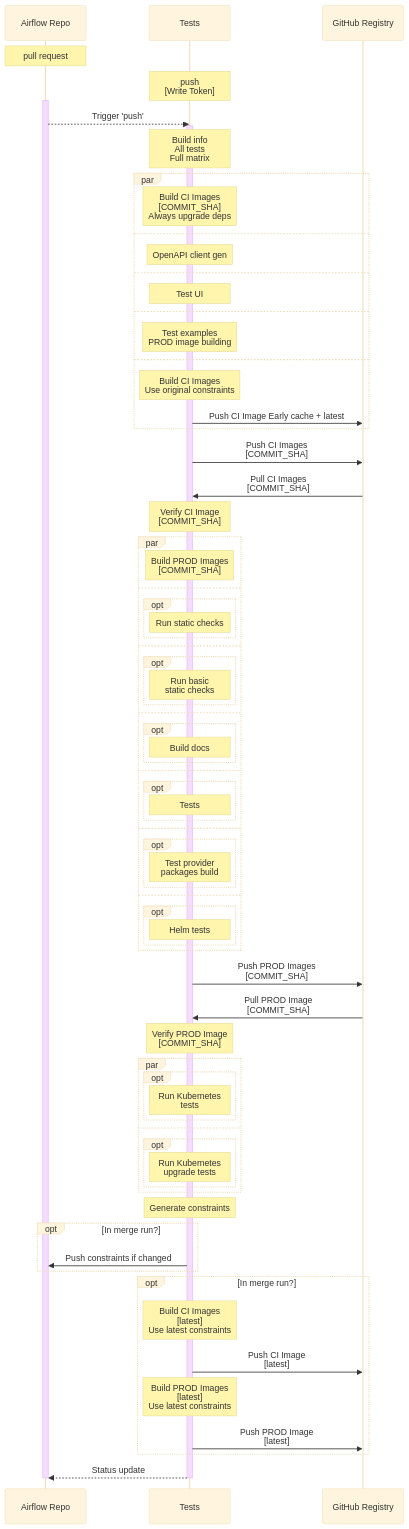
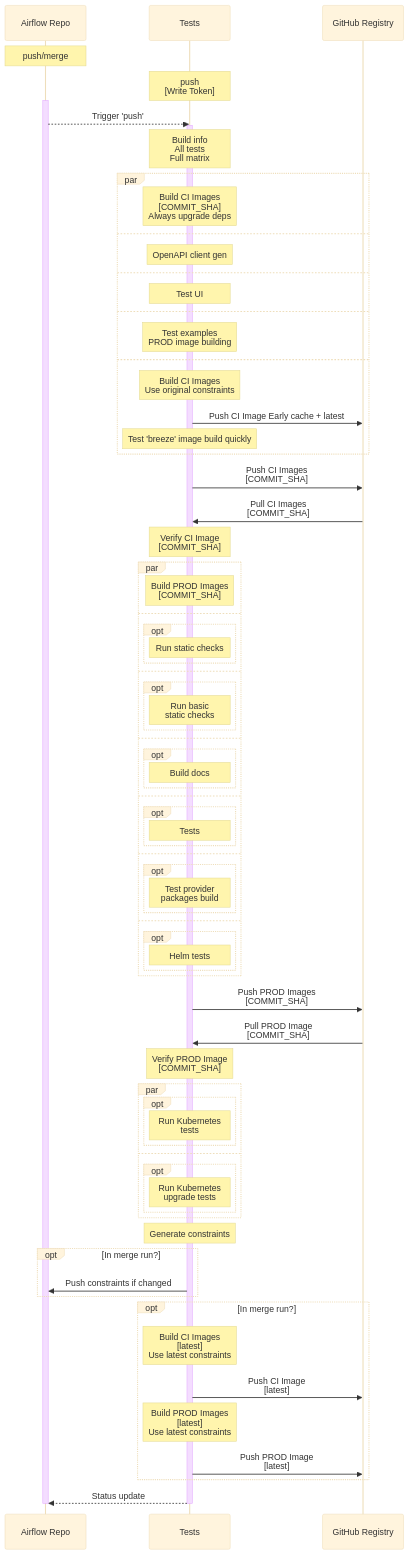
The third of 4 diagrams in CI_DIAGRAMS.md (GoogleCloudPlatform/composer-airflow), drawn with Mermaid (base theme) before and after one commit. The commit also changed other lines of this file and 13 other files, not shown here.

````diff
--- a/CI_DIAGRAMS.md
+++ b/CI_DIAGRAMS.md
@@ -183,76 +183,77 @@
 ```mermaid
 sequenceDiagram
-    Note over Airflow Repo: pull request
+    Note over Airflow Repo: push/merge
     Note over Tests: push<br>[Write Token]
     activate Airflow Repo
     Airflow Repo -->> Tests: Trigger 'push'
     activate Tests
     Note over Tests: Build info<br>All tests<br>Full matrix
     par
         Note over Tests: Build CI Images<br>[COMMIT_SHA]<br>Always upgrade deps
     and
         Note over Tests: OpenAPI client gen
     and
         Note over Tests: Test UI
     and
         Note over Tests: Test examples<br>PROD image building
     and
         Note over Tests: Build CI Images<br>Use original constraints
         Tests ->> GitHub Registry: Push CI Image Early cache + latest
+        Note over Tests: Test 'breeze' image build quickly
     end
     Tests ->> GitHub Registry: Push CI Images<br>[COMMIT_SHA]
     GitHub Registry ->> Tests: Pull CI Images<br>[COMMIT_SHA]
     Note over Tests: Verify CI Image<br>[COMMIT_SHA]
     par
         Note over Tests: Build PROD Images<br>[COMMIT_SHA]
     and
         opt
             Note over Tests: Run static checks
         end
     and
         opt
             Note over Tests: Run basic <br>static checks
         end
     and
         opt
             Note over Tests: Build docs
         end
     and
         opt
             Note over Tests: Tests
         end
     and
         opt
             Note over Tests: Test provider <br>packages build
         end
     and
         opt
             Note over Tests: Helm tests
         end
     end
     Tests ->> GitHub Registry: Push PROD Images<br>[COMMIT_SHA]
     GitHub Registry ->> Tests: Pull PROD Image<br>[COMMIT_SHA]
     Note over Tests: Verify PROD Image<br>[COMMIT_SHA]
     par
         opt
             Note over Tests: Run Kubernetes <br>tests
         end
     and
         opt
             Note over Tests: Run Kubernetes <br>upgrade tests
         end
     end
     Note over Tests: Generate constraints
     opt In merge run?
         Tests ->> Airflow Repo: Push constraints if changed
     end
     opt In merge run?
         Note over Tests: Build CI Images<br>[latest]<br>Use latest constraints
         Tests ->> GitHub Registry: Push CI Image<br>[latest]
         Note over Tests: Build PROD Images<br>[latest]<br>Use latest constraints
         Tests ->> GitHub Registry: Push PROD Image<br>[latest]
     end
     Tests -->> Airflow Repo: Status update
     deactivate Airflow Repo
     deactivate Tests
 ```
````
